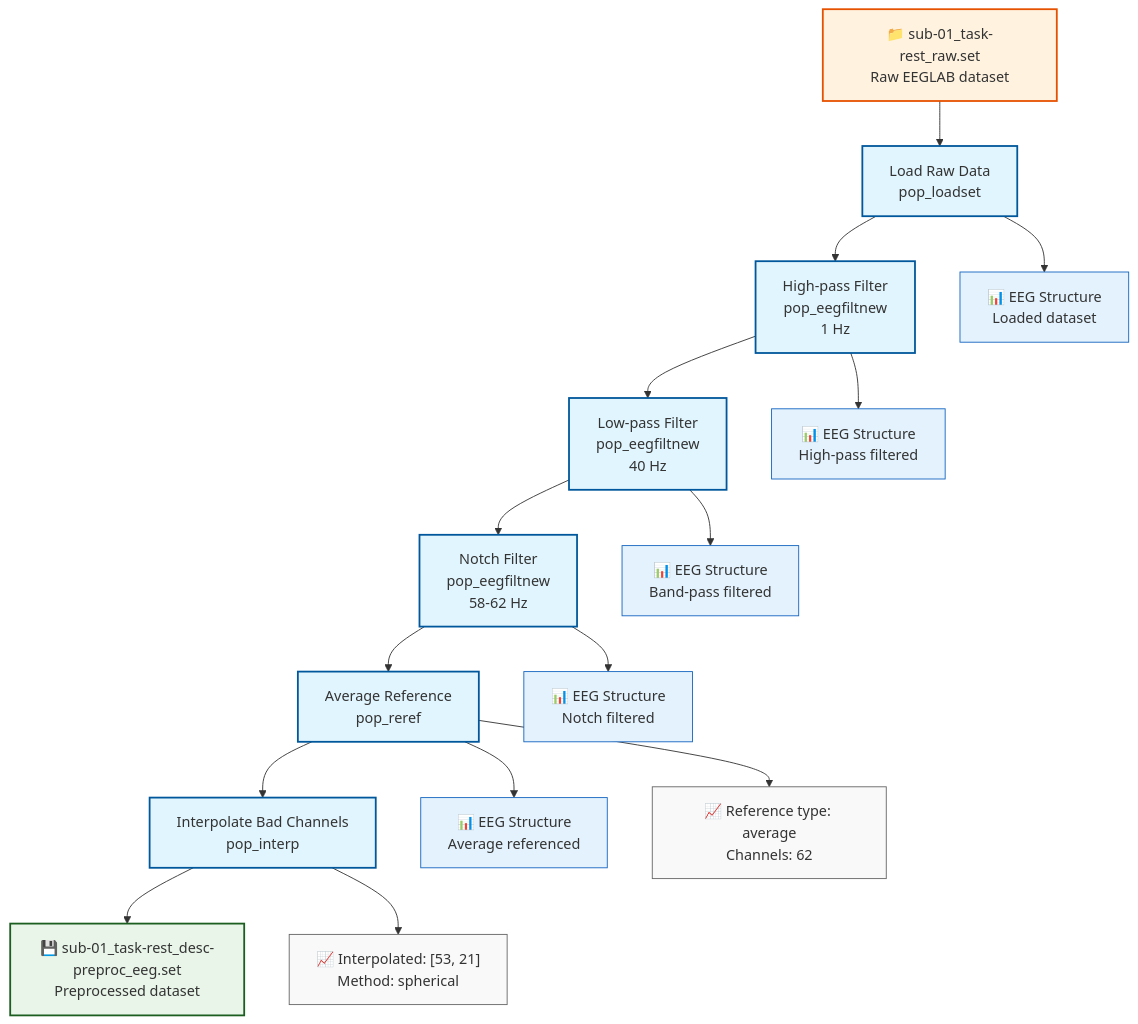
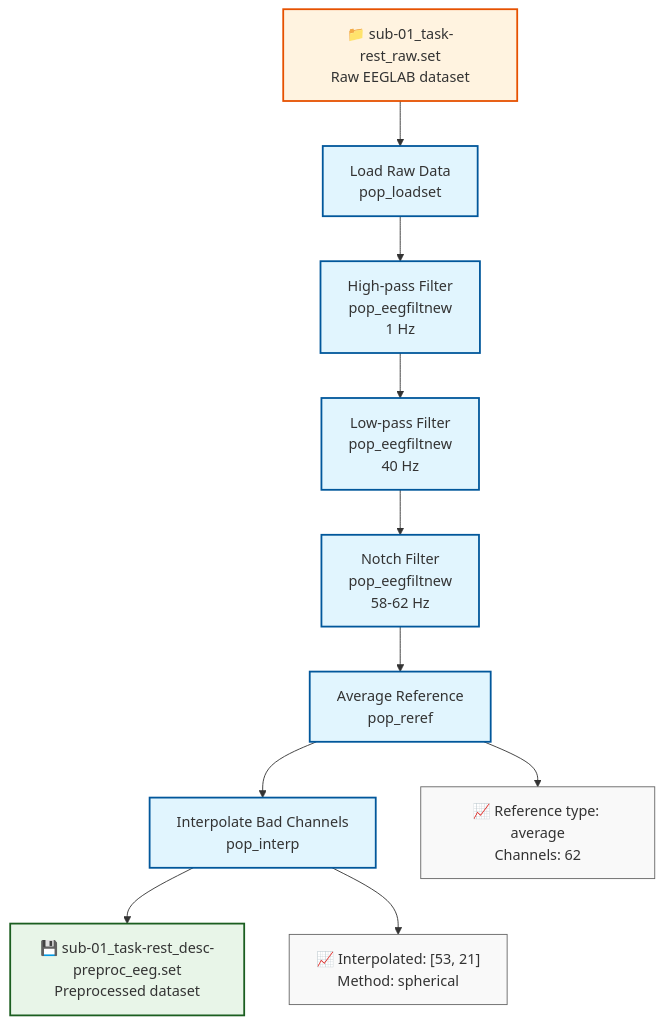
One commit to signalJourney/signalJourney changed the diagram in docs/examples/basic_preprocessing_eeglab.md. Above: the diagram before and after it, drawn with Mermaid. The commit also changed 11 other files, not shown here.

````diff
--- a/docs/examples/basic_preprocessing_eeglab.md
+++ b/docs/examples/basic_preprocessing_eeglab.md
@@ -18,38 +18,29 @@
 ```mermaid
 flowchart TD
     A[Load Raw Data<br/>pop_loadset] --> B[High-pass Filter<br/>pop_eegfiltnew<br/>1 Hz]
     B --> C[Low-pass Filter<br/>pop_eegfiltnew<br/>40 Hz]
     C --> D[Notch Filter<br/>pop_eegfiltnew<br/>58-62 Hz]
     D --> E[Average Reference<br/>pop_reref]
     E --> F[Interpolate Bad Channels<br/>pop_interp]
     
-    %% Input from sourcedata
+    %% Input file
     G["📁 sub-01_task-rest_raw.set<br/>Raw EEGLAB dataset"] --> A
-    
-    %% Intermediate in-memory objects
-    A --> A1["📊 EEG Structure<br/>Loaded dataset"]
-    B --> B1["📊 EEG Structure<br/>High-pass filtered"]
-    C --> C1["📊 EEG Structure<br/>Band-pass filtered"]
-    D --> D1["📊 EEG Structure<br/>Notch filtered"]
-    E --> E1["📊 EEG Structure<br/>Average referenced"]
     
     %% Final output
     F --> H["💾 sub-01_task-rest_desc-preproc_eeg.set<br/>Preprocessed dataset"]
     
     %% Quality metrics
     E --> Q1["📈 Reference type: average<br/>Channels: 62"]
     F --> Q2["📈 Interpolated: [53, 21]<br/>Method: spherical"]
 
     %% Styling
     classDef processStep fill:#e1f5fe,stroke:#01579b,stroke-width:2px
     classDef inputFile fill:#fff3e0,stroke:#e65100,stroke-width:2px
     classDef outputFile fill:#e8f5e8,stroke:#1b5e20,stroke-width:2px
-    classDef inMemoryData fill:#e3f2fd,stroke:#1565c0,stroke-width:1px
     classDef qualityMetric fill:#f9f9f9,stroke:#666,stroke-width:1px
 
     class A,B,C,D,E,F processStep
     class G inputFile
     class H outputFile
-    class A1,B1,C1,D1,E1 inMemoryData
     class Q1,Q2 qualityMetric
 ```
````
